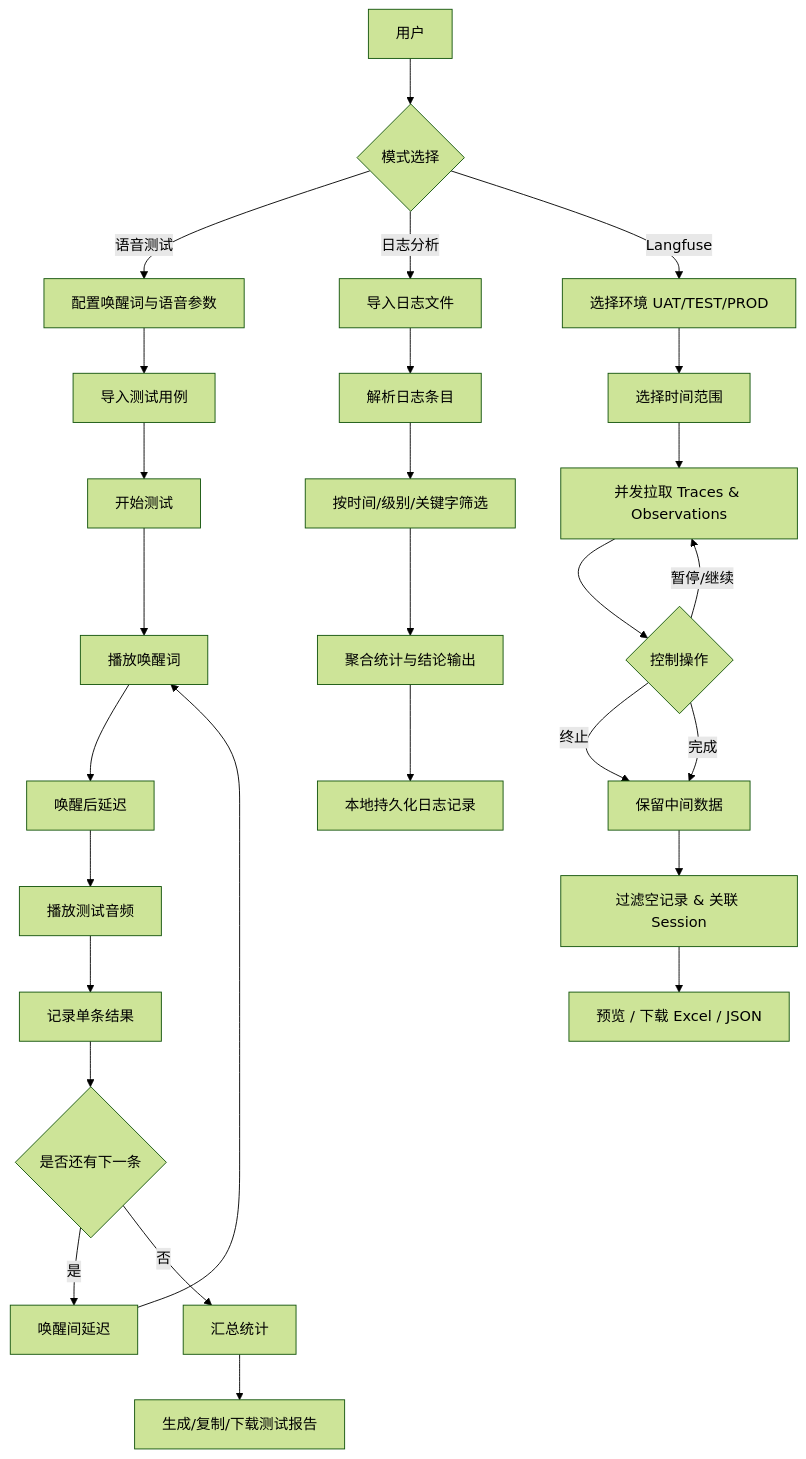
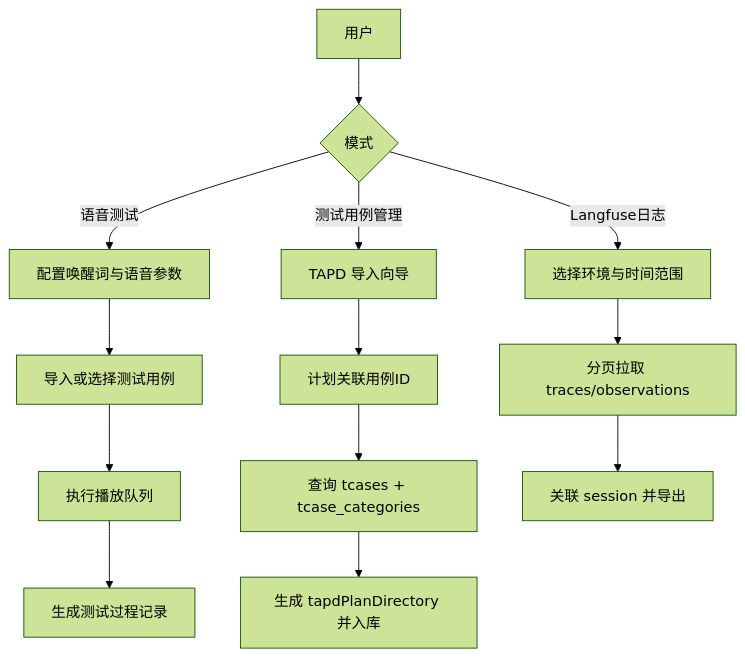
One commit to lilyluvchina-Work/VoiceAuto changed the second of 3 diagrams in docx/arch.md. Above: the diagram before and after it, drawn with Mermaid (forest theme). The commit also changed other lines of this file and 11 other files, not shown here.

````diff
--- a/docx/arch.md
+++ b/docx/arch.md
@@ -118,33 +49,18 @@
 ```mermaid
 flowchart TD
-  U[用户] --> M{模式选择}
+  U[用户] --> M{模式}
 
   M -->|语音测试| V1[配置唤醒词与语音参数]
-  V1 --> V2[导入测试用例]
-  V2 --> V3[开始测试]
-  V3 --> V4[播放唤醒词]
-  V4 --> V5[唤醒后延迟]
-  V5 --> V6[播放测试音频]
-  V6 --> V7[记录单条结果]
-  V7 --> V8{是否还有下一条}
-  V8 -->|是| V9[唤醒间延迟]
-  V9 --> V4
-  V8 -->|否| V10[汇总统计]
-  V10 --> V11[生成/复制/下载测试报告]
+  V1 --> V2[导入或选择测试用例]
+  V2 --> V3[执行播放队列]
+  V3 --> V4[生成测试过程记录]
 
-  M -->|日志分析| L1[导入日志文件]
-  L1 --> L2[解析日志条目]
-  L2 --> L3[按时间/级别/关键字筛选]
-  L3 --> L4[聚合统计与结论输出]
-  L4 --> L5[本地持久化日志记录]
+  M -->|测试用例管理| C1[TAPD 导入向导]
+  C1 --> C2[计划关联用例ID]
+  C2 --> C3[查询 tcases + tcase_categories]
+  C3 --> C4[生成 tapdPlanDirectory 并入库]
 
-  M -->|Langfuse| F1[选择环境 UAT/TEST/PROD]
-  F1 --> F2[选择时间范围]
-  F2 --> F3[并发拉取 Traces & Observations]
-  F3 --> F4{控制操作}
-  F4 -->|暂停/继续| F3
-  F4 -->|终止| F5[保留中间数据]
-  F4 -->|完成| F5
-  F5 --> F6[过滤空记录 & 关联 Session]
-  F6 --> F7[预览 / 下载 Excel / JSON]
+  M -->|Langfuse日志| L1[选择环境与时间范围]
+  L1 --> L2[分页拉取 traces/observations]
+  L2 --> L3[关联 session 并导出]
 ```
````
